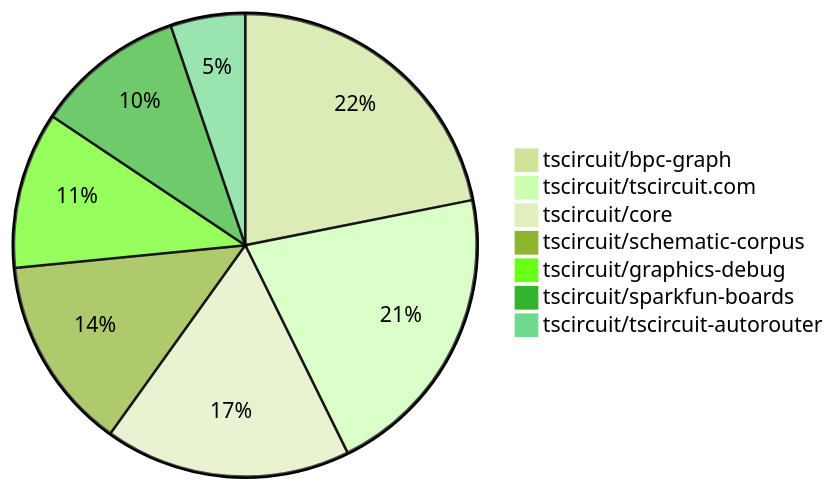
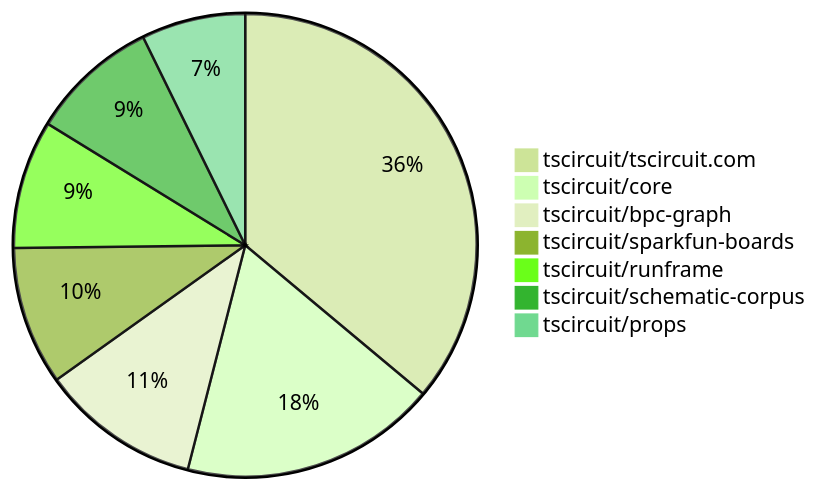
One commit to tscircuit/contribution-tracker changed the second of 2 diagrams in README.md. Above: the diagram before and after it, drawn with Mermaid (forest theme). The commit also changed other lines of this file and 6 other files, not shown here.

````diff
--- a/README.md
+++ b/README.md
@@ -165,10 +185,10 @@
 ```mermaid
 pie
-    "tscircuit/bpc-graph" : 42
-    "tscircuit/tscircuit.com" : 40
-    "tscircuit/core" : 33
-    "tscircuit/schematic-corpus" : 26
-    "tscircuit/graphics-debug" : 21
-    "tscircuit/sparkfun-boards" : 20
-    "tscircuit/tscircuit-autorouter" : 10
+    "tscircuit/tscircuit.com" : 149
+    "tscircuit/core" : 74
+    "tscircuit/bpc-graph" : 46
+    "tscircuit/sparkfun-boards" : 40
+    "tscircuit/runframe" : 37
+    "tscircuit/schematic-corpus" : 37
+    "tscircuit/props" : 30
 ```
````
